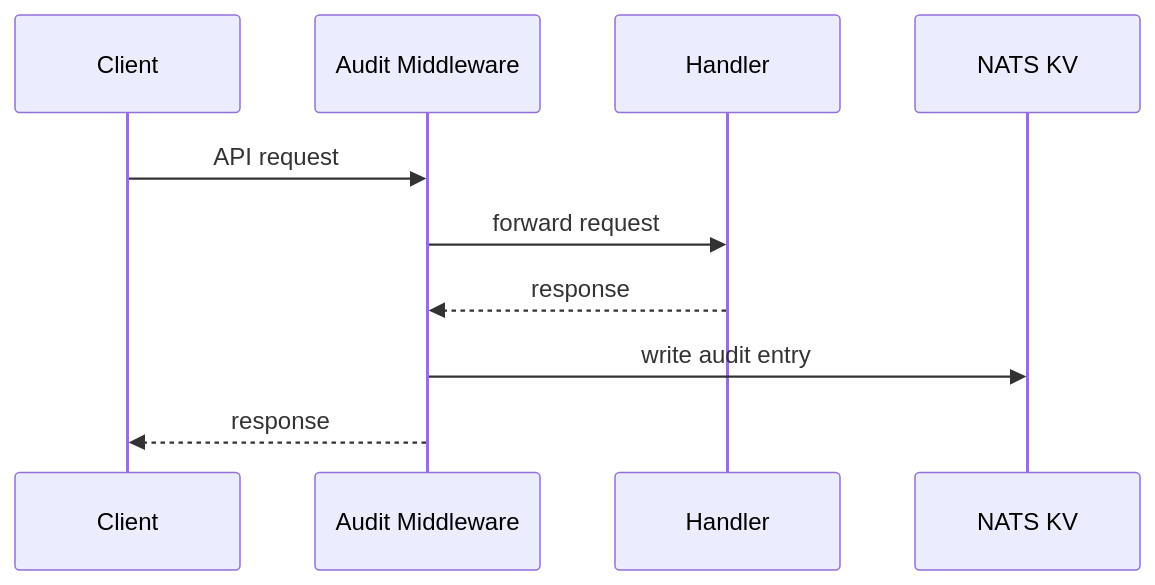
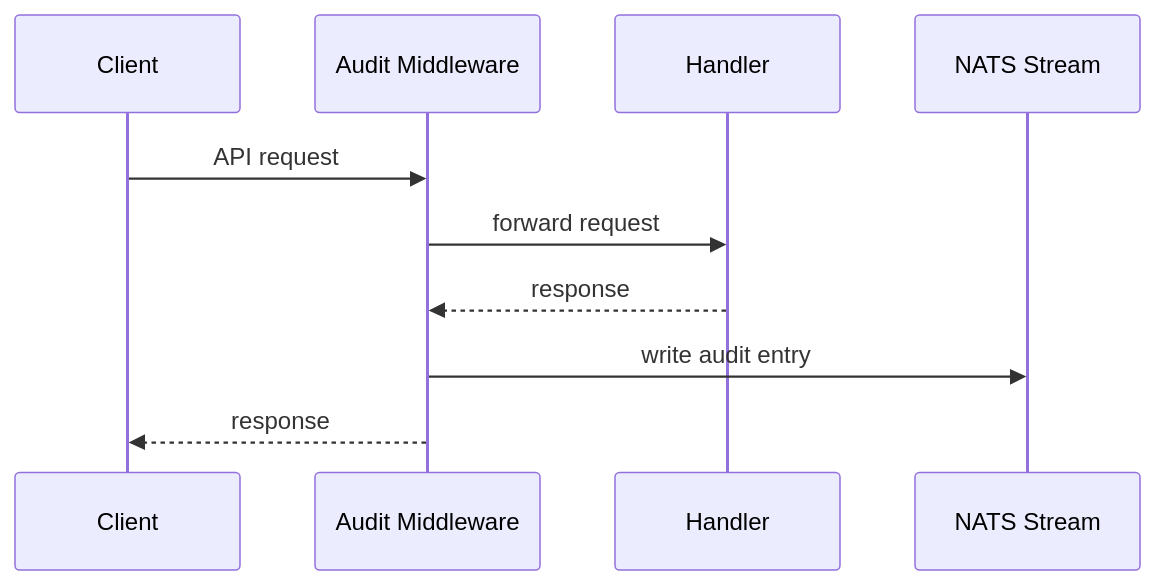
One commit to osapi-io/osapi changed the diagram in docs/docs/sidebar/features/audit-logging.md. Above: the diagram before and after it, drawn with Mermaid. The commit also changed other lines of this file and 41 other files, not shown here.

Commit message:
refactor(audit): migrate audit store from KV to JetStream stream (#342)

````diff
--- a/docs/docs/sidebar/features/audit-logging.md
+++ b/docs/docs/sidebar/features/audit-logging.md
@@ -18,13 +18,13 @@
 ```mermaid
 sequenceDiagram
     participant Client
     participant Middleware as Audit Middleware
     participant Handler
-    participant KV as NATS KV
+    participant Stream as NATS Stream
 
     Client->>Middleware: API request
     Middleware->>Handler: forward request
     Handler-->>Middleware: response
-    Middleware->>KV: write audit entry
+    Middleware->>Stream: write audit entry
     Middleware-->>Client: response
 ```
````
